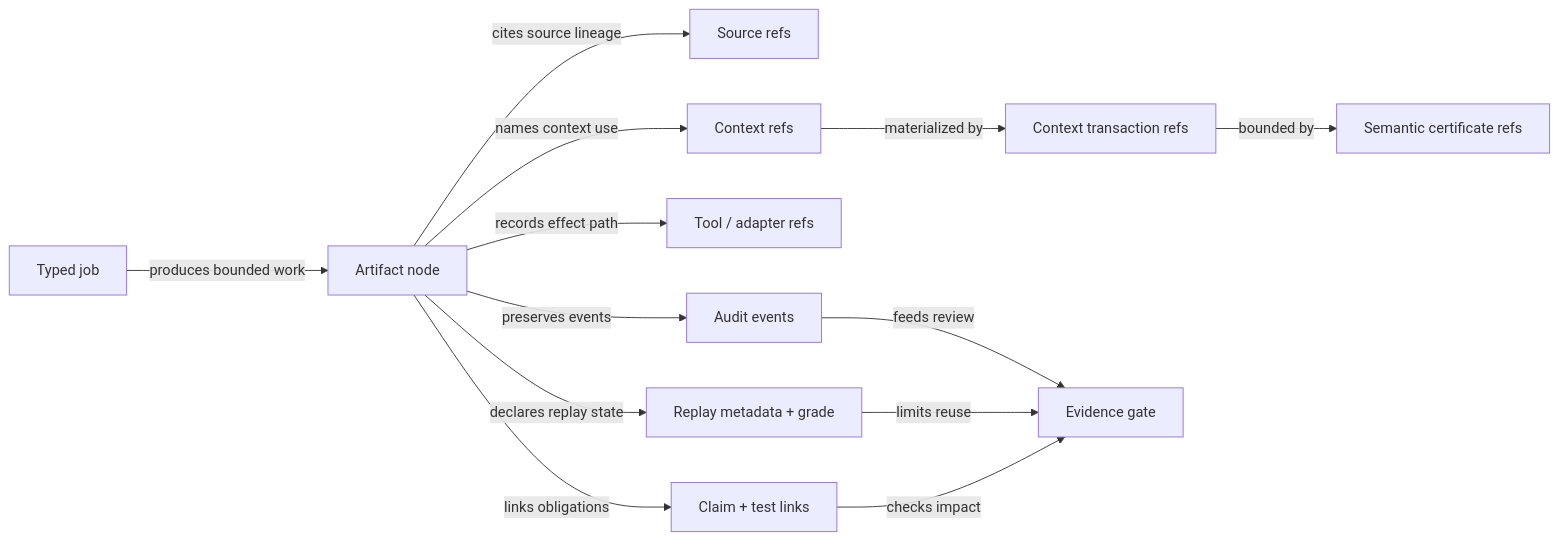
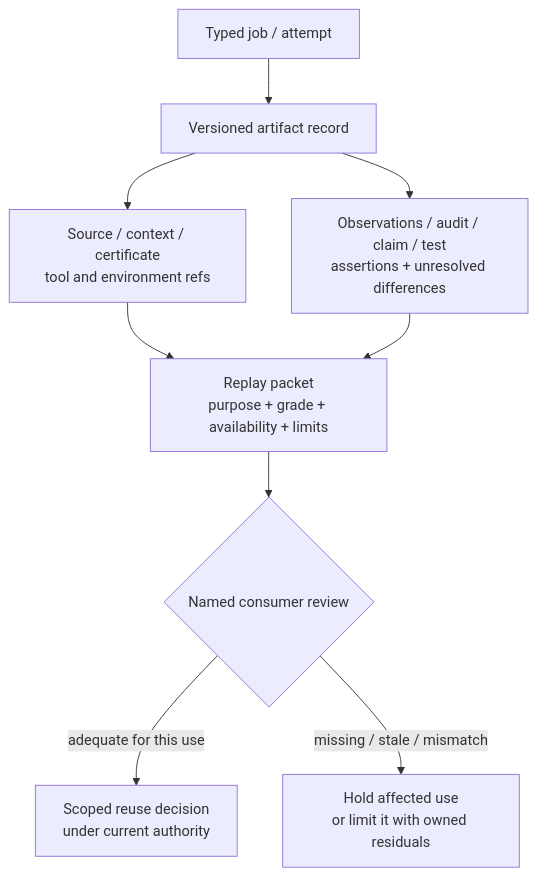
The first of 4 diagrams in chapters/artifact-graphs-audit-logs-and-replay.qmd (corbensorenson/asi-stack-book), drawn with Mermaid before and after one commit. The commit also changed other lines of this file and 345 other files, not shown here.

````diff
--- a/chapters/artifact-graphs-audit-logs-and-replay.qmd
+++ b/chapters/artifact-graphs-audit-logs-and-replay.qmd
@@ -214,15 +253,13 @@
 ```{mermaid}
-flowchart LR
-  A["Typed job"] -- "produces bounded work" --> B["Artifact node"]
-  B -- "cites source lineage" --> C["Source refs"]
-  B -- "names context use" --> D["Context refs"]
-  D -- "materialized by" --> E["Context transaction refs"]
-  E -- "bounded by" --> F["Semantic certificate refs"]
-  B -- "records effect path" --> G["Tool / adapter refs"]
-  B -- "preserves events" --> H["Audit events"]
-  B -- "declares replay state" --> I["Replay metadata + grade"]
-  B -- "links obligations" --> J["Claim + test links"]
-  H -- "feeds review" --> K["Evidence gate"]
-  I -- "limits reuse" --> K
-  J -- "checks impact" --> K
+flowchart TD
+  accTitle: Proposed artifact record and consumer review
+  accDescr: A typed job or attempt produces a versioned work product. Its artifact record links source, context, certificate, tool, observation, audit, claim, and test references, marking assertions and gaps. Replay packages declare purpose, grade, availability, and limits. A named consumer reviews scoped reuse or holds the affected use. Arrows show proposed records and review inputs, not proof of causal completeness, permission, or stronger support.
+  A["Typed job / attempt"] --> B["Versioned artifact record"]
+  B --> C["Source / context / certificate<br/>tool and environment refs"]
+  B --> D["Observations / audit / claim / test<br/>assertions + unresolved differences"]
+  C --> E["Replay packet<br/>purpose + grade + availability + limits"]
+  D --> E
+  E --> F{"Named consumer review"}
+  F -- "adequate for this use" --> U["Scoped reuse decision<br/>under current authority"]
+  F -- "missing / stale / mismatch" --> H["Hold affected use<br/>or limit it with owned residuals"]
 ```
````
